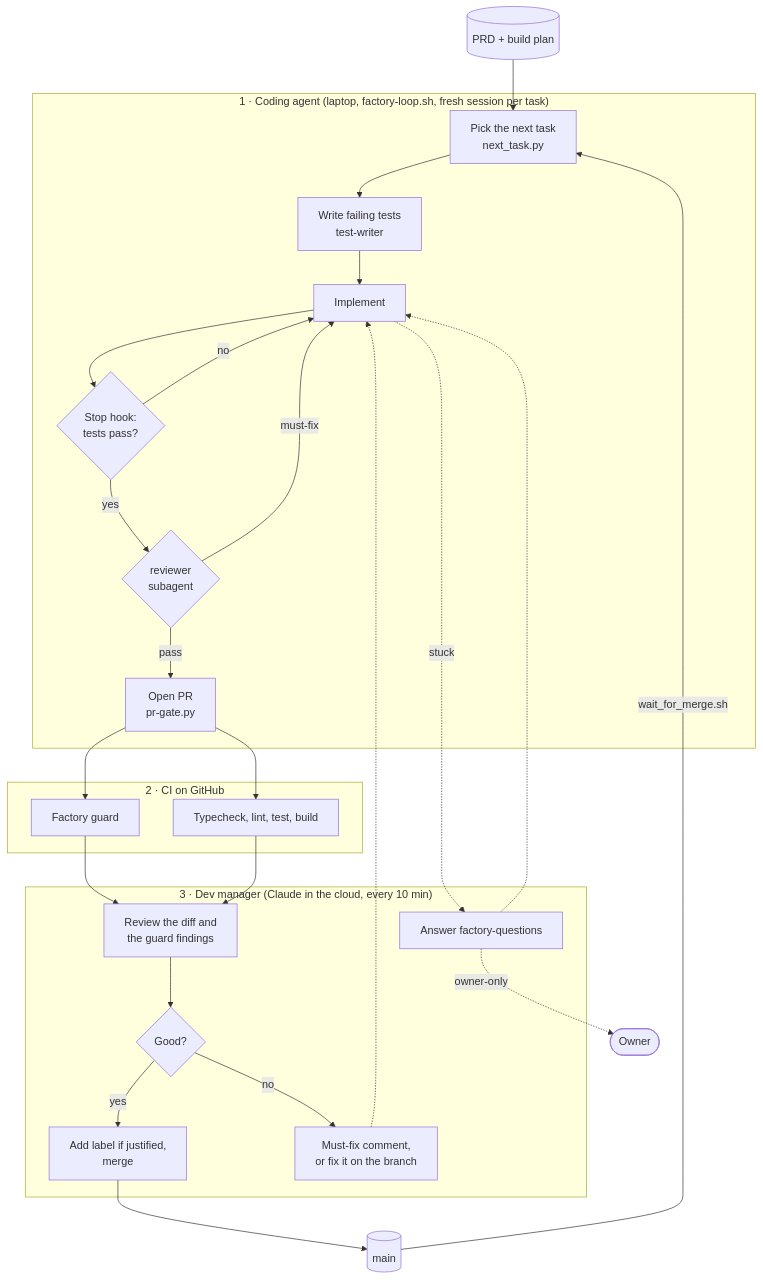
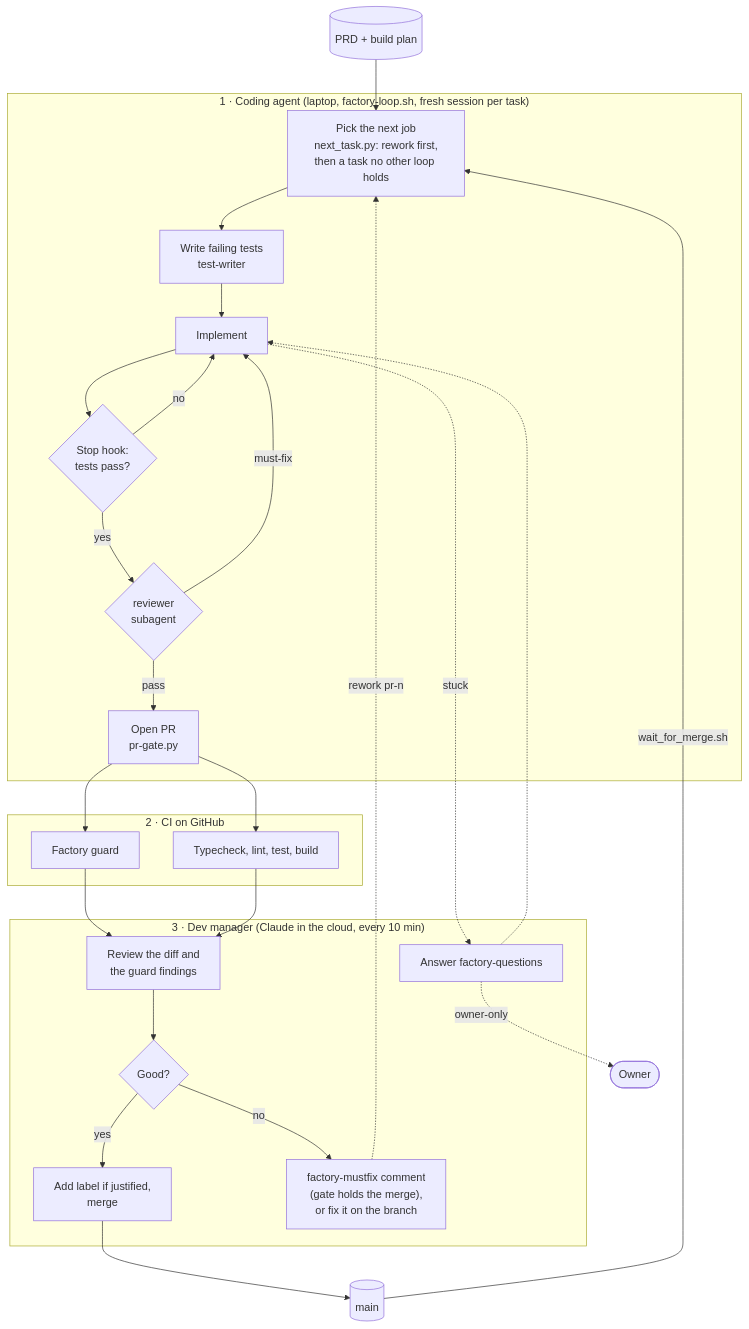
One commit to deresegetachew/my-skills changed the diagram in software-factory/README.md. Above: the diagram before and after it, drawn with Mermaid. The commit also changed other lines of this file, not shown here.

First line of the commit message:
README: fresh context per task, several loops and the lock file, rework first; diagram shows rework

````diff
--- a/software-factory/README.md
+++ b/software-factory/README.md
@@ -9,37 +9,37 @@
 ```mermaid
 flowchart TB
     plan[("PRD + build plan")] --> pick
 
     subgraph agent["1 · Coding agent (laptop, factory-loop.sh, fresh session per task)"]
-        pick["Pick the next task<br/>next_task.py"] --> tests["Write failing tests<br/>test-writer"]
+        pick["Pick the next job<br/>next_task.py: rework first,<br/>then a task no other loop holds"] --> tests["Write failing tests<br/>test-writer"]
         tests --> code["Implement"]
         code --> stop{"Stop hook:<br/>tests pass?"}
         stop -->|"no"| code
         stop -->|"yes"| rev{"reviewer<br/>subagent"}
         rev -->|"must-fix"| code
         rev -->|"pass"| pr["Open PR<br/>pr-gate.py"]
     end
 
     subgraph ci["2 · CI on GitHub"]
         guard["Factory guard"]
         checks["Typecheck, lint, test, build"]
     end
 
     subgraph dm["3 · Dev manager (Claude in the cloud, every 10 min)"]
         read["Review the diff and<br/>the guard findings"] --> ok{"Good?"}
         ok -->|"yes"| merge["Add label if justified,<br/>merge"]
-        ok -->|"no"| fix["Must-fix comment,<br/>or fix it on the branch"]
+        ok -->|"no"| fix["factory-mustfix comment<br/>(gate holds the merge),<br/>or fix it on the branch"]
         answer["Answer factory-questions"]
     end
 
     pr --> guard
     pr --> checks
     guard --> read
     checks --> read
     merge --> main[("main")]
     main -->|"wait_for_merge.sh"| pick
-    fix -.-> code
+    fix -.->|"rework pr-n"| pick
     code -.->|"stuck"| answer
     answer -.-> code
     answer -.->|"owner-only"| owner(["Owner"])
 ```
````
